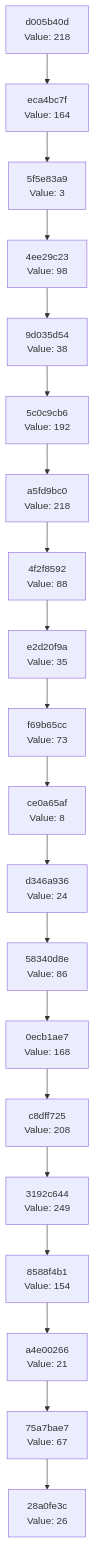
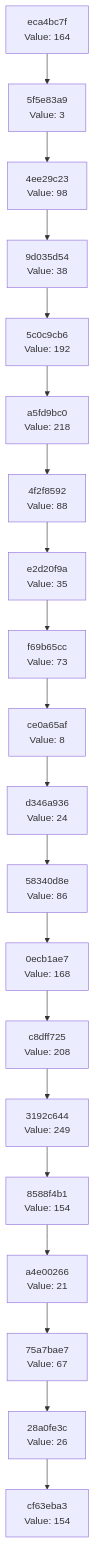
One commit to Abhisheksinha1506/hash-chain-evolver changed the diagram in docs/CHAIN_VISUALIZATION.md. Above: the diagram before and after it, drawn with Mermaid. The commit also changed 3 other files, not shown here.

````diff
--- a/docs/CHAIN_VISUALIZATION.md
+++ b/docs/CHAIN_VISUALIZATION.md
@@ -3,42 +3,42 @@
 ```mermaid
 graph TD
-    C0["28a0fe3c<br/>Value: 26"]
-    C1["75a7bae7<br/>Value: 67"]
+    C0["cf63eba3<br/>Value: 154"]
+    C1["28a0fe3c<br/>Value: 26"]
     C1 --> C0
-    C2["a4e00266<br/>Value: 21"]
+    C2["75a7bae7<br/>Value: 67"]
     C2 --> C1
-    C3["8588f4b1<br/>Value: 154"]
+    C3["a4e00266<br/>Value: 21"]
     C3 --> C2
-    C4["3192c644<br/>Value: 249"]
+    C4["8588f4b1<br/>Value: 154"]
     C4 --> C3
-    C5["c8dff725<br/>Value: 208"]
+    C5["3192c644<br/>Value: 249"]
     C5 --> C4
-    C6["0ecb1ae7<br/>Value: 168"]
+    C6["c8dff725<br/>Value: 208"]
     C6 --> C5
-    C7["58340d8e<br/>Value: 86"]
+    C7["0ecb1ae7<br/>Value: 168"]
     C7 --> C6
-    C8["d346a936<br/>Value: 24"]
+    C8["58340d8e<br/>Value: 86"]
     C8 --> C7
-    C9["ce0a65af<br/>Value: 8"]
+    C9["d346a936<br/>Value: 24"]
     C9 --> C8
-    C10["f69b65cc<br/>Value: 73"]
+    C10["ce0a65af<br/>Value: 8"]
     C10 --> C9
-    C11["e2d20f9a<br/>Value: 35"]
+    C11["f69b65cc<br/>Value: 73"]
     C11 --> C10
-    C12["4f2f8592<br/>Value: 88"]
+    C12["e2d20f9a<br/>Value: 35"]
     C12 --> C11
-    C13["a5fd9bc0<br/>Value: 218"]
+    C13["4f2f8592<br/>Value: 88"]
     C13 --> C12
-    C14["5c0c9cb6<br/>Value: 192"]
+    C14["a5fd9bc0<br/>Value: 218"]
     C14 --> C13
-    C15["9d035d54<br/>Value: 38"]
+    C15["5c0c9cb6<br/>Value: 192"]
     C15 --> C14
-    C16["4ee29c23<br/>Value: 98"]
+    C16["9d035d54<br/>Value: 38"]
     C16 --> C15
-    C17["5f5e83a9<br/>Value: 3"]
+    C17["4ee29c23<br/>Value: 98"]
     C17 --> C16
-    C18["eca4bc7f<br/>Value: 164"]
+    C18["5f5e83a9<br/>Value: 3"]
     C18 --> C17
-    C19["d005b40d<br/>Value: 218"]
+    C19["eca4bc7f<br/>Value: 164"]
     C19 --> C18
 ```
````
